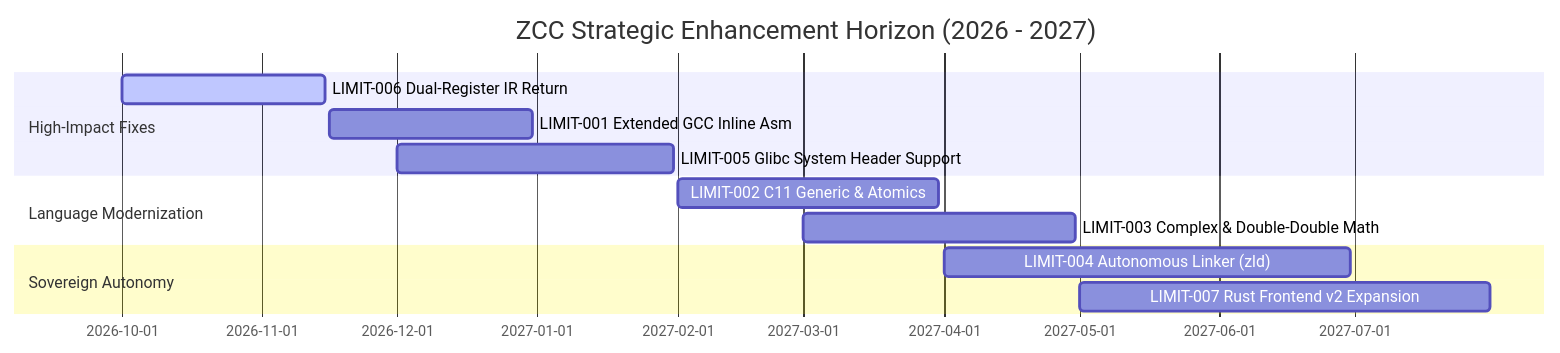
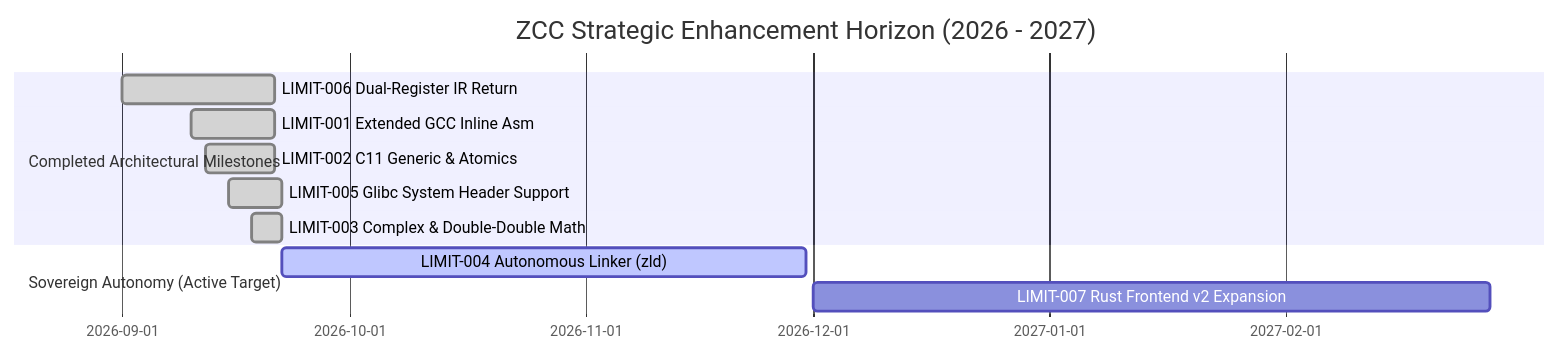
The diagram in docs/ZCC_LIMITATIONS_AND_GOALS.md (invariantzkaedi/zcc-bootstrap-compiler), drawn with Mermaid before and after one commit. The commit also changed other lines of this file and 1 other file, not shown here.

First paragraph of the commit message:
docs(limitations): synchronize LIMIT-003 resolution and set LIMIT-004 as active target
Goal:
Update ZCC limitation matrix, chronological milestone log, and Gantt roadmap to formally reflect LIMIT-003 resolution and transition LIMIT-004 (Autonomous Linker `zld`) to active strategic status.

````diff
--- a/docs/ZCC_LIMITATIONS_AND_GOALS.md
+++ b/docs/ZCC_LIMITATIONS_AND_GOALS.md
@@ -188,15 +189,14 @@
 ```mermaid
 gantt
     title ZCC Strategic Enhancement Horizon (2026 - 2027)
     dateFormat  YYYY-MM-DD
-    section High-Impact Fixes
-    LIMIT-006 Dual-Register IR Return       :active, 2026-10-01, 2026-11-15
-    LIMIT-001 Extended GCC Inline Asm       :2026-11-16, 2026-12-31
-    LIMIT-005 Glibc System Header Support   :2026-12-01, 2027-01-31
-    section Language Modernization
-    LIMIT-002 C11 Generic & Atomics         :2027-02-01, 2027-03-31
-    LIMIT-003 Complex & Double-Double Math  :2027-03-01, 2027-04-30
-    section Sovereign Autonomy
-    LIMIT-004 Autonomous Linker (zld)       :2027-04-01, 2027-06-30
-    LIMIT-007 Rust Frontend v2 Expansion    :2027-05-01, 2027-07-31
+    section Completed Architectural Milestones
+    LIMIT-006 Dual-Register IR Return       :done, 2026-09-01, 2026-09-21
+    LIMIT-001 Extended GCC Inline Asm       :done, 2026-09-10, 2026-09-21
+    LIMIT-002 C11 Generic & Atomics         :done, 2026-09-12, 2026-09-21
+    LIMIT-005 Glibc System Header Support   :done, 2026-09-15, 2026-09-22
+    LIMIT-003 Complex & Double-Double Math  :done, 2026-09-18, 2026-09-22
+    section Sovereign Autonomy (Active Target)
+    LIMIT-004 Autonomous Linker (zld)       :active, 2026-09-22, 2026-11-30
+    LIMIT-007 Rust Frontend v2 Expansion    :2026-12-01, 2027-02-28
 ```
````
